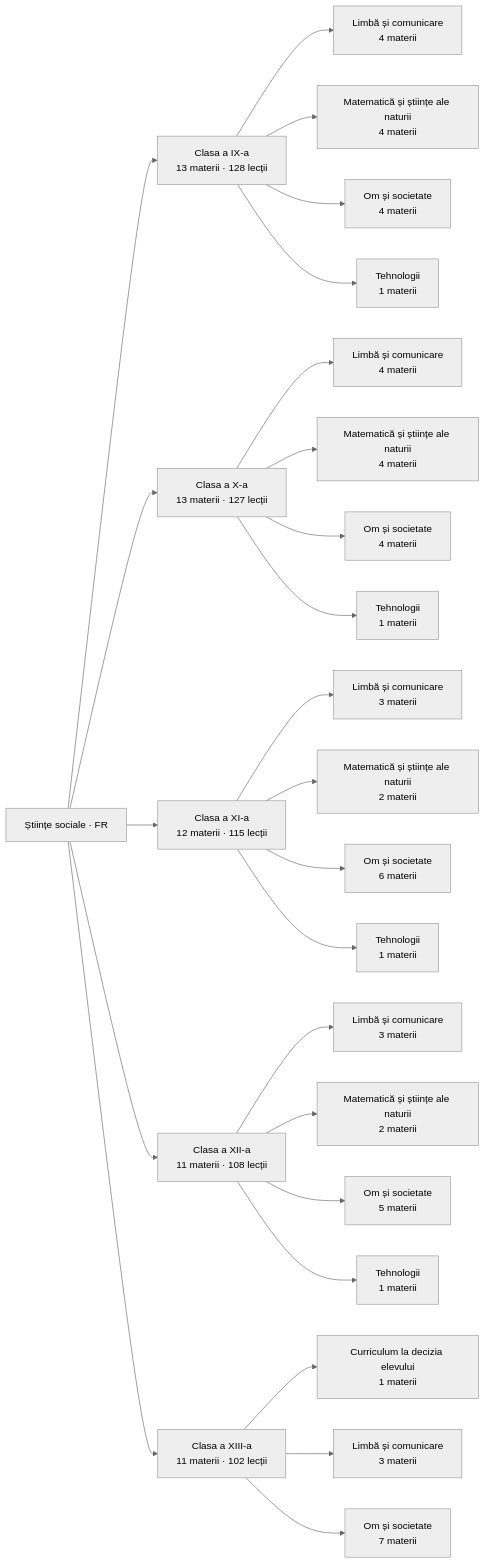
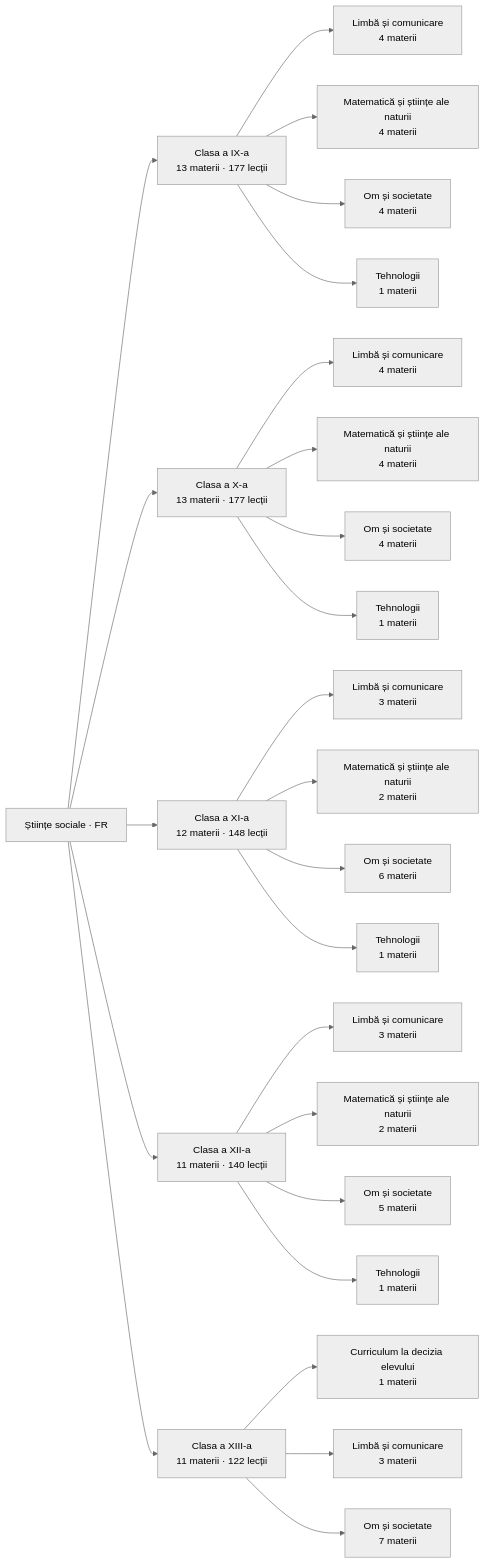
Before and after one commit to almeueste777-ops/Stiinte01: the diagram in vault/Hartă de învățare.md, drawn with Mermaid (neutral theme). The commit also changed other lines of this file and 423 other files, not shown here.

Commit message:
Graphify: regenerez vault-ul Obsidian din date

````diff
--- a/vault/Hartă de învățare.md
+++ b/vault/Hartă de învățare.md
@@ -10,52 +10,52 @@
 ```mermaid
 graph LR
   P["Științe sociale · FR"]
-  C0["Clasa a IX-a<br/>13 materii · 128 lecții"]
+  C0["Clasa a IX-a<br/>13 materii · 177 lecții"]
   P --> C0
   A0_0["Limbă și comunicare<br/>4 materii"]
   C0 --> A0_0
   A0_1["Matematică și științe ale naturii<br/>4 materii"]
   C0 --> A0_1
   A0_2["Om și societate<br/>4 materii"]
   C0 --> A0_2
   A0_3["Tehnologii<br/>1 materii"]
   C0 --> A0_3
-  C1["Clasa a X-a<br/>13 materii · 127 lecții"]
+  C1["Clasa a X-a<br/>13 materii · 177 lecții"]
   P --> C1
   A1_0["Limbă și comunicare<br/>4 materii"]
   C1 --> A1_0
   A1_1["Matematică și științe ale naturii<br/>4 materii"]
   C1 --> A1_1
   A1_2["Om și societate<br/>4 materii"]
   C1 --> A1_2
   A1_3["Tehnologii<br/>1 materii"]
   C1 --> A1_3
-  C2["Clasa a XI-a<br/>12 materii · 115 lecții"]
+  C2["Clasa a XI-a<br/>12 materii · 148 lecții"]
   P --> C2
   A2_0["Limbă și comunicare<br/>3 materii"]
   C2 --> A2_0
   A2_1["Matematică și științe ale naturii<br/>2 materii"]
   C2 --> A2_1
   A2_2["Om și societate<br/>6 materii"]
   C2 --> A2_2
   A2_3["Tehnologii<br/>1 materii"]
   C2 --> A2_3
-  C3["Clasa a XII-a<br/>11 materii · 108 lecții"]
+  C3["Clasa a XII-a<br/>11 materii · 140 lecții"]
   P --> C3
   A3_0["Limbă și comunicare<br/>3 materii"]
   C3 --> A3_0
   A3_1["Matematică și științe ale naturii<br/>2 materii"]
   C3 --> A3_1
   A3_2["Om și societate<br/>5 materii"]
   C3 --> A3_2
   A3_3["Tehnologii<br/>1 materii"]
   C3 --> A3_3
-  C4["Clasa a XIII-a<br/>11 materii · 102 lecții"]
+  C4["Clasa a XIII-a<br/>11 materii · 122 lecții"]
   P --> C4
   A4_0["Curriculum la decizia elevului<br/>1 materii"]
   C4 --> A4_0
   A4_1["Limbă și comunicare<br/>3 materii"]
   C4 --> A4_1
   A4_2["Om și societate<br/>7 materii"]
   C4 --> A4_2
 ```
````
